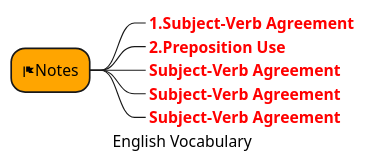
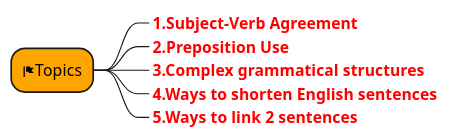
Before and after one commit to thanhnv2210/MyPlantuml: the diagram in src/English/FirstPhrase01/13_Grammar_Notes.puml, drawn with PlantUML. The commit also changed 7 other files, not shown here.

```diff
--- a/src/English/FirstPhrase01/13_Grammar_Notes.puml
+++ b/src/English/FirstPhrase01/13_Grammar_Notes.puml
@@ -1,19 +1,11 @@
 @startmindmap
-caption English Vocabulary
-'title Human
 
-*[#Orange] <&flag>Notes
+*[#Orange] <&flag>Topics
 
 **_ <b><color:red>1.Subject-Verb Agreement
 **_ <b><color:red>2.Preposition Use
-**_ <b><color:red>Subject-Verb Agreement
-**_ <b><color:red>Subject-Verb Agreement
-**_ <b><color:red>Subject-Verb Agreement
-
-'**[#lightblue] Leisure
-
-
-
-
+**_ <b><color:red>3.Complex grammatical structures
+**_ <b><color:red>4.Ways to shorten English sentences
+**_ <b><color:red>5.Ways to link 2 sentences
 
 @endmindmap
```
